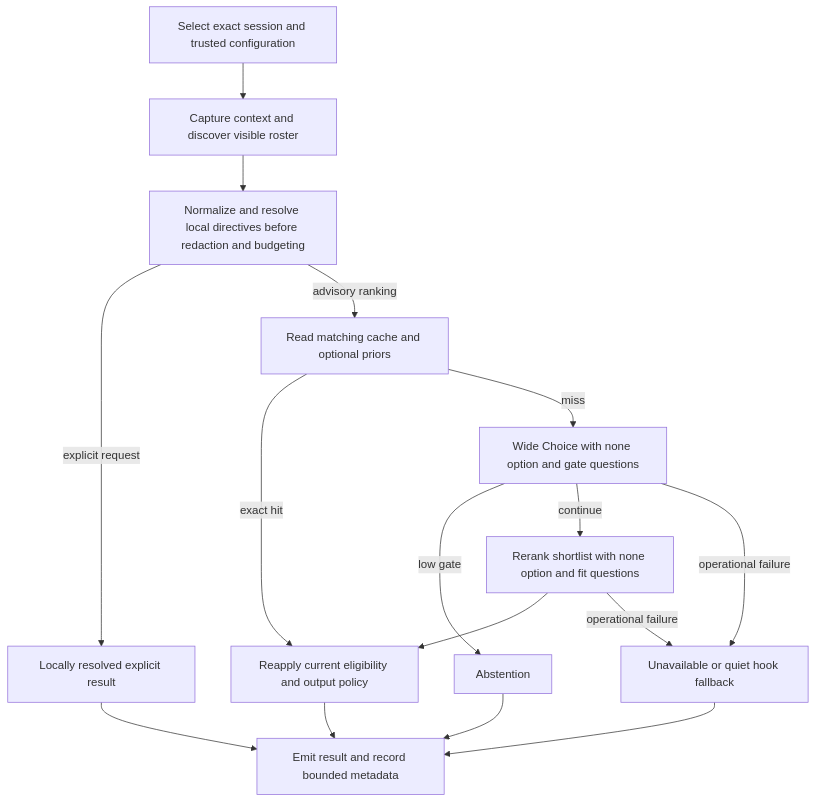
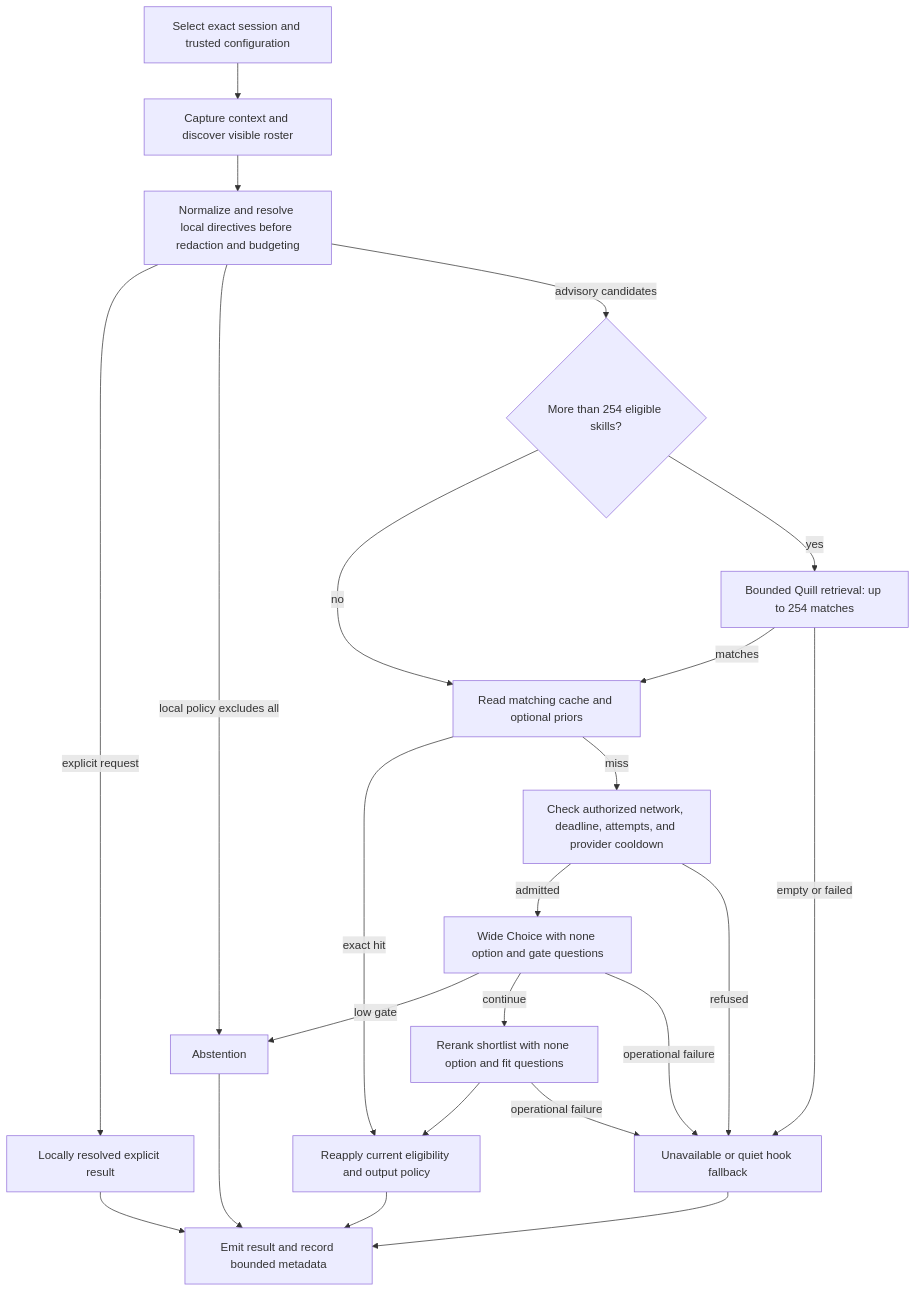
The diagram in COMPREHENSIVE_PLAN_TO_DESIGN_SKILLRANKER.md (Dicklesworthstone/skillranker), drawn with Mermaid before and after one commit. The commit also changed other lines of this file and 1 other file, not shown here.

````diff
--- a/COMPREHENSIVE_PLAN_TO_DESIGN_SKILLRANKER.md
+++ b/COMPREHENSIVE_PLAN_TO_DESIGN_SKILLRANKER.md
@@ -40,18 +182,25 @@
 ```mermaid
 flowchart TD
     A[Select exact session and trusted configuration] --> B[Capture context and discover visible roster]
     B --> C[Normalize and resolve local directives before redaction and budgeting]
     C -->|explicit request| X[Locally resolved explicit result]
-    C -->|advisory ranking| D[Read matching cache and optional priors]
+    C -->|local policy excludes all| N[Abstention]
+    C -->|advisory candidates| Q{More than 254 eligible skills?}
+    Q -->|no| D[Read matching cache and optional priors]
+    Q -->|yes| QR[Bounded Quill retrieval: up to 254 matches]
+    QR -->|matches| D
+    QR -->|empty or failed| U[Unavailable or quiet hook fallback]
     D -->|exact hit| H[Reapply current eligibility and output policy]
-    D -->|miss| E[Wide Choice with none option and gate questions]
-    E -->|low gate| N[Abstention]
+    D -->|miss| BUD[Check authorized network, deadline, attempts, and provider cooldown]
+    BUD -->|admitted| E[Wide Choice with none option and gate questions]
+    BUD -->|refused| U
+    E -->|low gate| N
     E -->|continue| F[Rerank shortlist with none option and fit questions]
     F --> H
     H --> I[Emit result and record bounded metadata]
     X --> I
     N --> I
-    E -->|operational failure| U[Unavailable or quiet hook fallback]
+    E -->|operational failure| U
     F -->|operational failure| U
     U --> I
 ```
````
